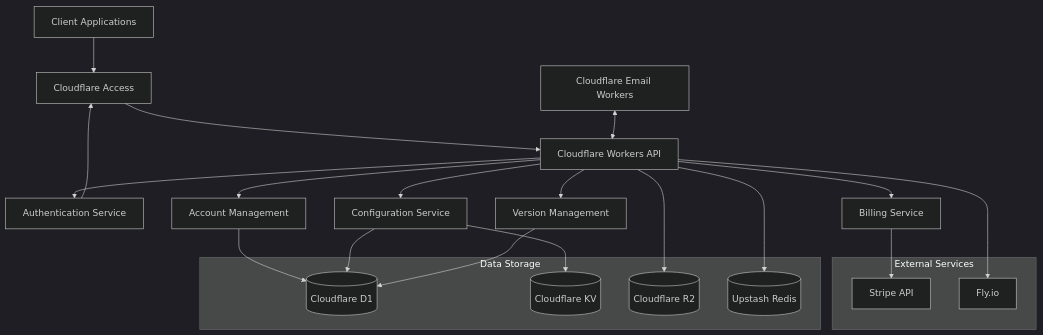
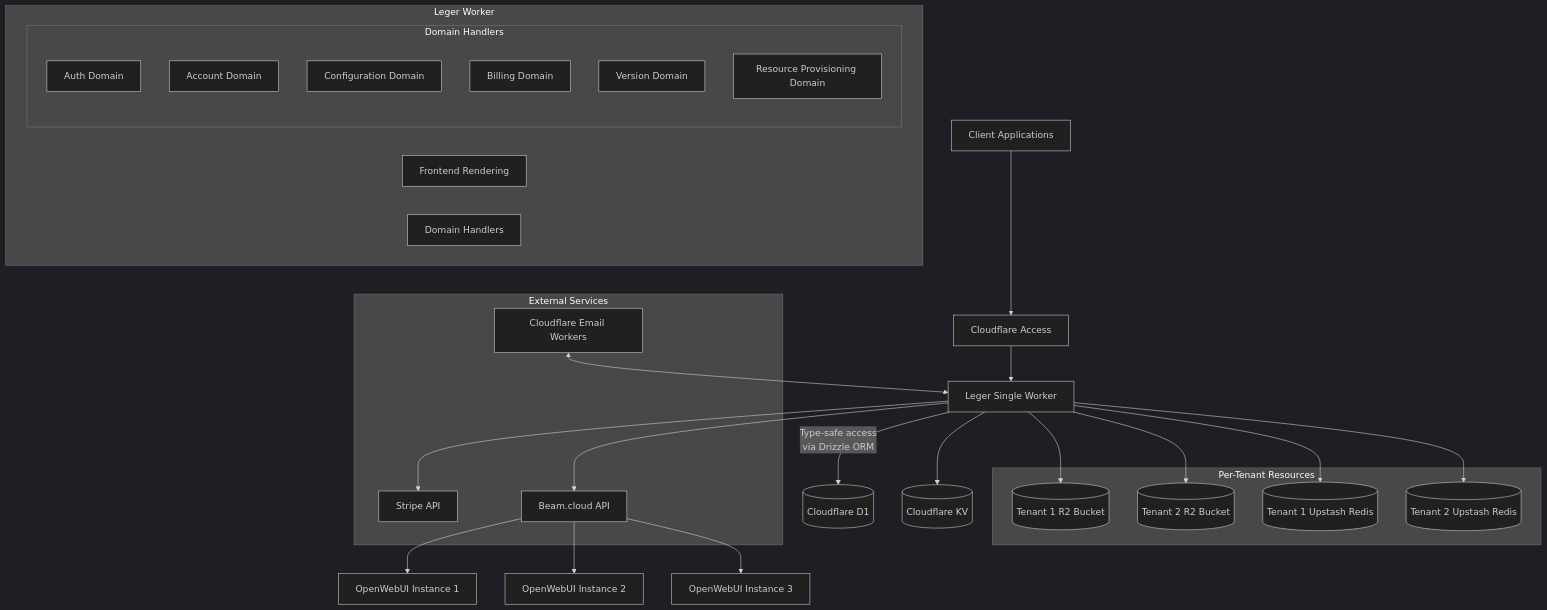
One commit to leger-labs/leger changed the diagram in backend/1-system-overview.md. Above: the diagram before and after it, drawn with Mermaid (dark theme). The commit also changed other lines of this file and 12 other files, not shown here.

Commit message:
decision to use single worker for backend

````diff
--- a/backend/1-system-overview.md
+++ b/backend/1-system-overview.md
@@ -5,36 +7,48 @@
 ```mermaid
 flowchart TD
     Client[Client Applications] --> CloudflareAccess[Cloudflare Access]
-    CloudflareAccess --> API[Cloudflare Workers API]
+    CloudflareAccess --> LegerWorker[Leger Single Worker]
     
-    API --> Auth[Authentication Service]
-    API --> Accounts[Account Management]
-    API --> Billing[Billing Service]
-    API --> Config[Configuration Service]
-    API --> Version[Version Management]
+    subgraph "Leger Worker"
+        Frontend[Frontend Rendering]
+        DomainHandlers[Domain Handlers]
+        subgraph "Domain Handlers"
+            AuthDomain[Auth Domain]
+            AccountDomain[Account Domain]
+            ConfigDomain[Configuration Domain]
+            BillingDomain[Billing Domain]
+            VersionDomain[Version Domain]
+            ProvisioningDomain[Resource Provisioning Domain]
+        end
+    end
     
-    Auth --> CloudflareAccess
-    Accounts --> D1[(Cloudflare D1)]
-    Billing --> Stripe[Stripe API]
-    Config --> D1
-    Config --> KV[(Cloudflare KV)]
-    Version --> D1
+    LegerWorker -- "Type-safe access\nvia Drizzle ORM" --> D1[(Cloudflare D1)]
+    LegerWorker --> KV[(Cloudflare KV)]
+    
+    subgraph "Per-Tenant Resources"
+        TenantR2_1[(Tenant 1 R2 Bucket)]
+        TenantR2_2[(Tenant 2 R2 Bucket)]
+        TenantRedis_1[(Tenant 1 Upstash Redis)]
+        TenantRedis_2[(Tenant 2 Upstash Redis)]
+    end
+    
+    LegerWorker --> TenantR2_1
+    LegerWorker --> TenantR2_2
+    LegerWorker --> TenantRedis_1
+    LegerWorker --> TenantRedis_2
+    
+    LegerWorker --> Stripe[Stripe API]
+    LegerWorker --> BeamCloud[Beam.cloud API]
     
     subgraph "External Services"
         Stripe
-        FlyIO[Fly.io]
+        BeamCloud
+        EmailWorkers[Cloudflare Email Workers]
     end
     
-    subgraph "Data Storage"
-        D1
-        KV
-        R2[(Cloudflare R2)]
-        Redis[(Upstash Redis)]
-    end
+    EmailWorkers <--> LegerWorker
     
-    API --> Redis
-    API --> R2
-    API --> FlyIO
-    
-    EmailWorkers[Cloudflare Email Workers] <--> API
+    BeamCloud --> OWUI_1[OpenWebUI Instance 1]
+    BeamCloud --> OWUI_2[OpenWebUI Instance 2]
+    BeamCloud --> OWUI_3[OpenWebUI Instance 3]
 ```
````
